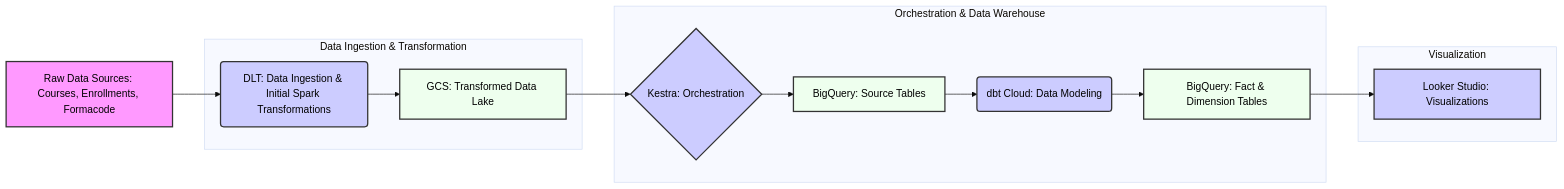
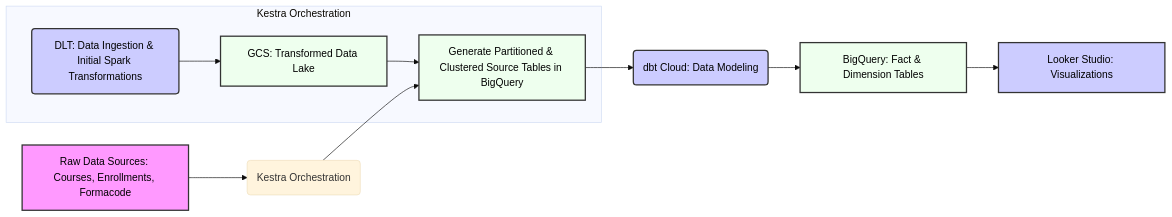
The diagram in screenshots/overall flow.md (jugnuarora/DataTalks-de-zoomcamp-project), drawn with Mermaid (base theme) before and after one commit.

Commit message:
pre-final version

````diff
--- a/screenshots/overall flow.md
+++ b/screenshots/overall flow.md
@@ -1,31 +1,22 @@
 ```mermaid
 graph LR
-A[Raw Data Sources: Courses, Enrollments, Formacode] --> B(DLT: Data Ingestion & Initial Spark Transformations);
-    B --> C[GCS: Transformed Data Lake];
-    C --> F{Kestra: Orchestration};
-    F --> G[BigQuery: Source Tables];
-    G --> H(dbt Cloud: Data Modeling);
-    H --> I[BigQuery: Fact & Dimension Tables];
-    I --> J[Looker Studio: Visualizations];
+    A[Raw Data Sources: Courses, Enrollments, Formacode] --> K(Kestra Orchestration);
 
-    subgraph Data Ingestion & Transformation
-        B; C;
+    subgraph Kestra Orchestration
+        B(DLT: Data Ingestion & Initial Spark Transformations) --> C[GCS: Transformed Data Lake];
+        C --> D[Generate Partitioned & Clustered Source Tables in BigQuery];
     end
 
-    subgraph Orchestration & Data Warehouse
-        F; G; H; I;
-    end
-
-    subgraph Visualization
-        J;
-    end
+    K --> D;
+    D --> E(dbt Cloud: Data Modeling);
+    E --> F[BigQuery: Fact & Dimension Tables];
+    F --> G[Looker Studio: Visualizations];
 
     style A fill:#f9f,stroke:#333,stroke-width:2px,color:#000;
     style B fill:#ccf,stroke:#333,stroke-width:2px,color:#000;
     style C fill:#efe,stroke:#333,stroke-width:2px,color:#000;
-    style F fill:#ccf,stroke:#333,stroke-width:2px,color:#000;
-    style G fill:#efe,stroke:#333,stroke-width:2px,color:#000;
-    style H fill:#ccf,stroke:#333,stroke-width:2px,color:#000;
-    style I fill:#efe,stroke:#333,stroke-width:2px,color:#000;
-    style J fill:#ccf,stroke:#333,stroke-width:2px,color:#000;
+    style D fill:#efe,stroke:#333,stroke-width:2px,color:#000;
+    style E fill:#ccf,stroke:#333,stroke-width:2px,color:#000;
+    style F fill:#efe,stroke:#333,stroke-width:2px,color:#000;
+    style G fill:#ccf,stroke:#333,stroke-width:2px,color:#000;
 ```
````
